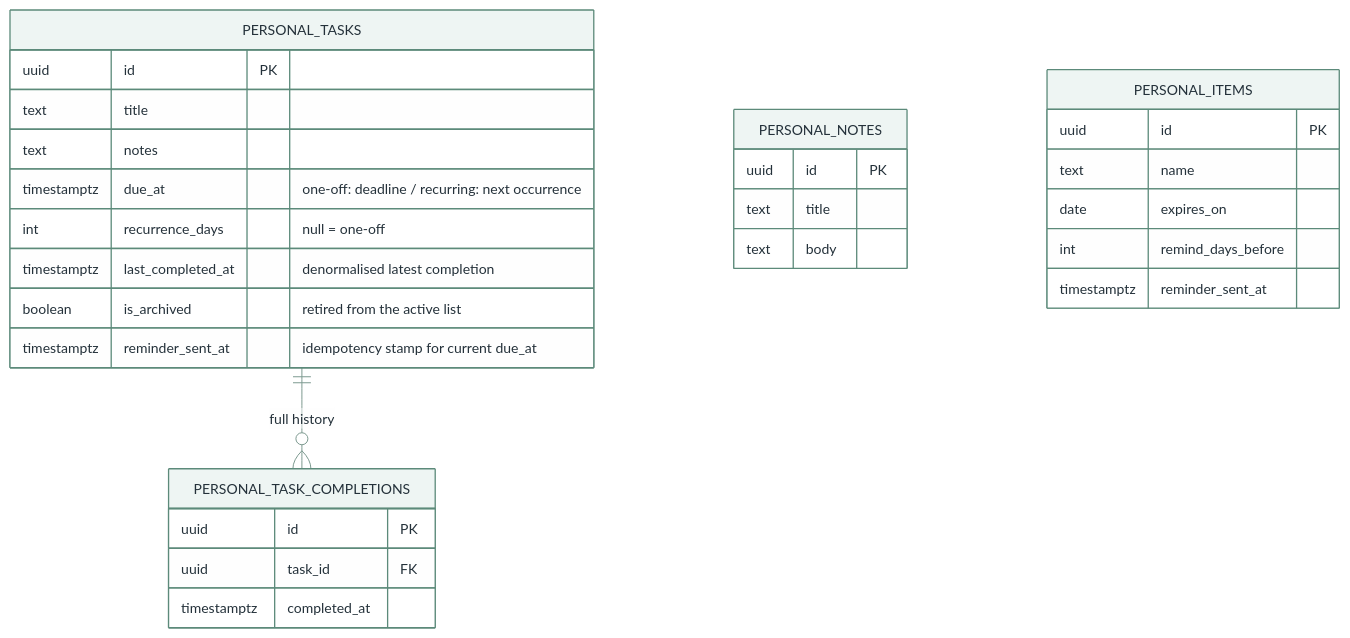
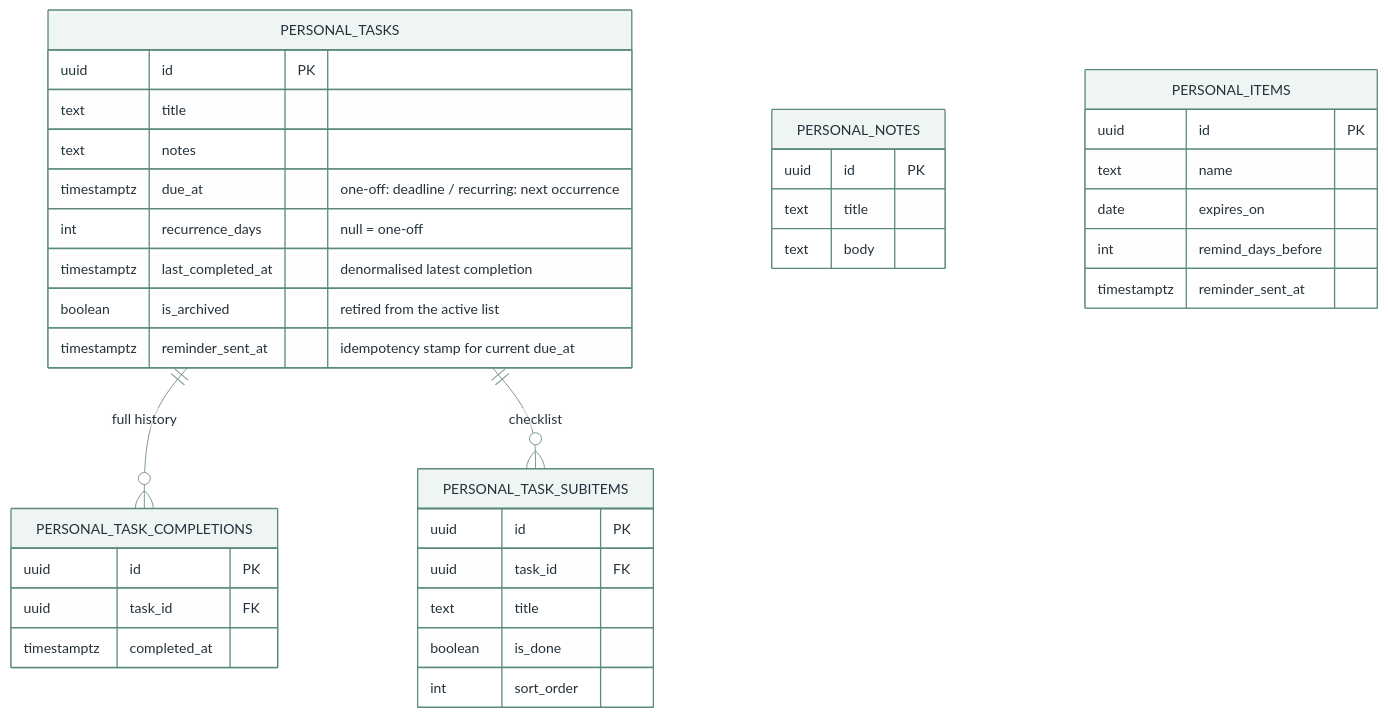
The fifth of 7 diagrams in docs/data-model.md (xxvazquez/health-management), drawn with Mermaid before and after one commit. The commit also changed other lines of this file and 15 other files, not shown here.

````diff
--- a/docs/data-model.md
+++ b/docs/data-model.md
@@ -303,37 +303,45 @@
 ```mermaid
 %%{init: {"theme": "base", "themeVariables": {
   "primaryColor": "#eef5f3", "primaryBorderColor": "#5c8a7a",
   "primaryTextColor": "#24313a", "lineColor": "#7d9a90",
   "fontFamily": "Inter, -apple-system, sans-serif", "fontSize": "14px"
 }}}%%
 erDiagram
     PERSONAL_TASKS ||--o{ PERSONAL_TASK_COMPLETIONS : "full history"
+    PERSONAL_TASKS ||--o{ PERSONAL_TASK_SUBITEMS : "checklist"
 
     PERSONAL_NOTES {
         uuid id PK
         text title
         text body
     }
     PERSONAL_TASKS {
         uuid        id PK
         text        title
         text        notes
         timestamptz due_at "one-off: deadline / recurring: next occurrence"
         int         recurrence_days "null = one-off"
         timestamptz last_completed_at "denormalised latest completion"
         boolean     is_archived "retired from the active list"
         timestamptz reminder_sent_at "idempotency stamp for current due_at"
     }
     PERSONAL_TASK_COMPLETIONS {
         uuid        id PK
         uuid        task_id FK
         timestamptz completed_at
     }
+    PERSONAL_TASK_SUBITEMS {
+        uuid    id PK
+        uuid    task_id FK
+        text    title
+        boolean is_done
+        int     sort_order
+    }
     PERSONAL_ITEMS {
         uuid id PK
         text name
         date expires_on
         int  remind_days_before
         timestamptz reminder_sent_at
     }
 ```
````
